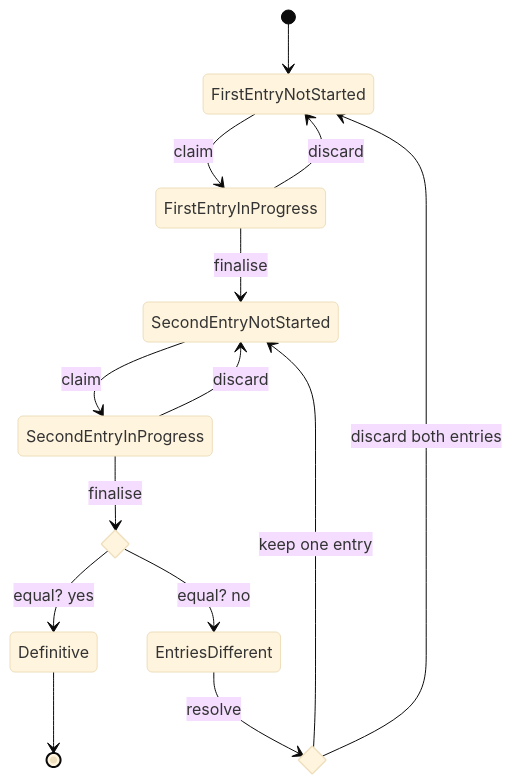
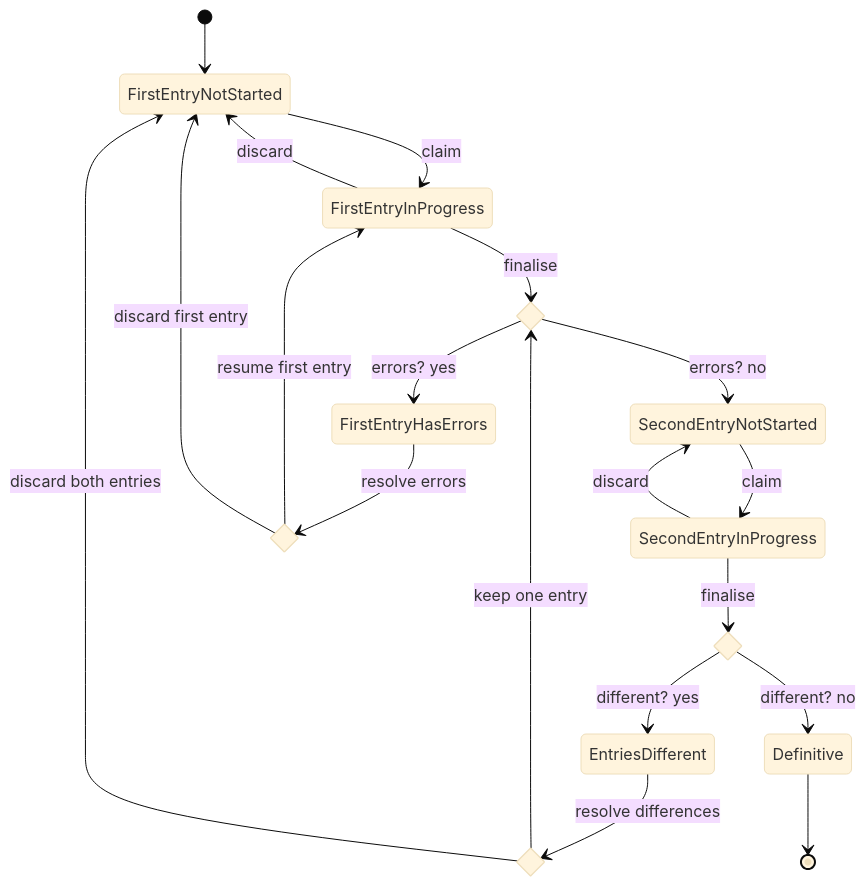
Before and after one commit to kiesraad/abacus: the diagram in documentatie/flowcharts/data-entry-state.md, drawn with Mermaid (base theme).

Commit message:
Add FirstEntryHasErrors state and associated transitions to state diagram

````diff
--- a/documentatie/flowcharts/data-entry-state.md
+++ b/documentatie/flowcharts/data-entry-state.md
@@ -7,20 +7,34 @@
 ```mermaid
 stateDiagram-v2
   [*] --> FirstEntryNotStarted
   FirstEntryNotStarted --> FirstEntryInProgress: claim
-  #FirstEntryInProgress --> FirstEntryInProgress: save
-  FirstEntryInProgress --> SecondEntryNotStarted: finalise
+  %% FirstEntryInProgress --> FirstEntryInProgress: save
+
+  state first_has_errors <<choice>>
+  FirstEntryInProgress --> first_has_errors: finalise
   FirstEntryInProgress --> FirstEntryNotStarted: discard
+  
+  first_has_errors --> SecondEntryNotStarted: errors? no
+  first_has_errors --> FirstEntryHasErrors: errors? yes
+
   SecondEntryNotStarted --> SecondEntryInProgress: claim
-  #SecondEntryInProgress --> SecondEntryInProgress: save
-  state is_equal <<choice>>
-  SecondEntryInProgress --> is_equal: finalise
+  %% SecondEntryInProgress --> SecondEntryInProgress: save
   SecondEntryInProgress --> SecondEntryNotStarted: discard
+
+  state first_resolve_errors <<choice>>
+  FirstEntryHasErrors --> first_resolve_errors: resolve errors
+  first_resolve_errors --> FirstEntryInProgress: resume first entry
+  first_resolve_errors --> FirstEntryNotStarted: discard first entry
+  
+  state is_different <<choice>>
+  SecondEntryInProgress --> is_different: finalise
+  is_different --> EntriesDifferent: different? yes
+  is_different --> Definitive: different? no
+  
   state resolve <<choice>>
-  EntriesDifferent --> resolve: resolve
-  resolve --> SecondEntryNotStarted: keep one entry
+  EntriesDifferent --> resolve: resolve differences
+  resolve --> first_has_errors: keep one entry
   resolve --> FirstEntryNotStarted: discard both entries
-  is_equal --> Definitive: equal? yes
-  is_equal --> EntriesDifferent: equal? no
+
   Definitive --> [*]
 ```
````
